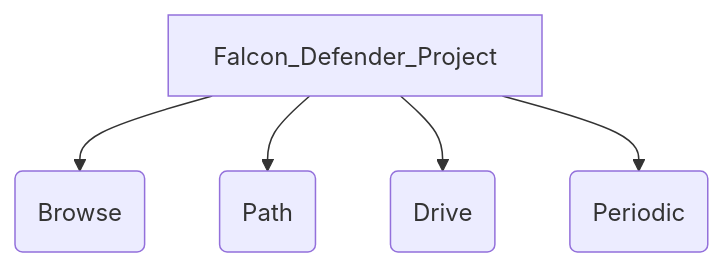
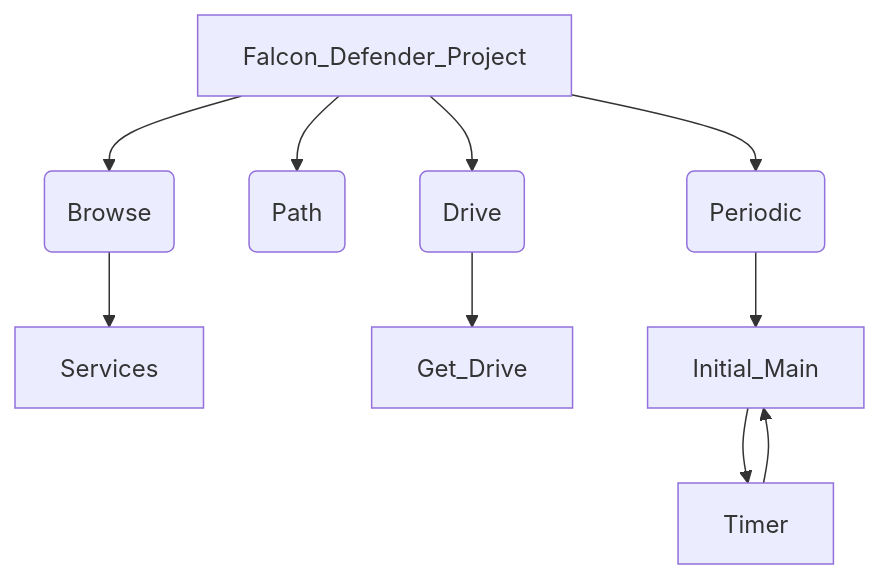
One commit to AyhamAsfoor/Falcon_Defender changed the diagram in README.md. Above: the diagram before and after it, drawn with Mermaid.

````diff
--- a/README.md
+++ b/README.md
@@ -68,7 +68,12 @@
 ```mermaid
 graph TD;
    Falcon_Defender_Project-->Service_1_(Browse);
+   Service_1_(Browse)-->Services;
    Falcon_Defender_Project-->Service_2_(Path);
    Falcon_Defender_Project-->Service_3_(Drive);
+   Service_3_(Drive)-->Get_Drive;
    Falcon_Defender_Project-->Service_4_(Periodic);
+   Service_4_(Periodic)-->Initial_Main;
+   Initial_Main-->Timer;
+   Timer-->Initial_Main
 ```
````
